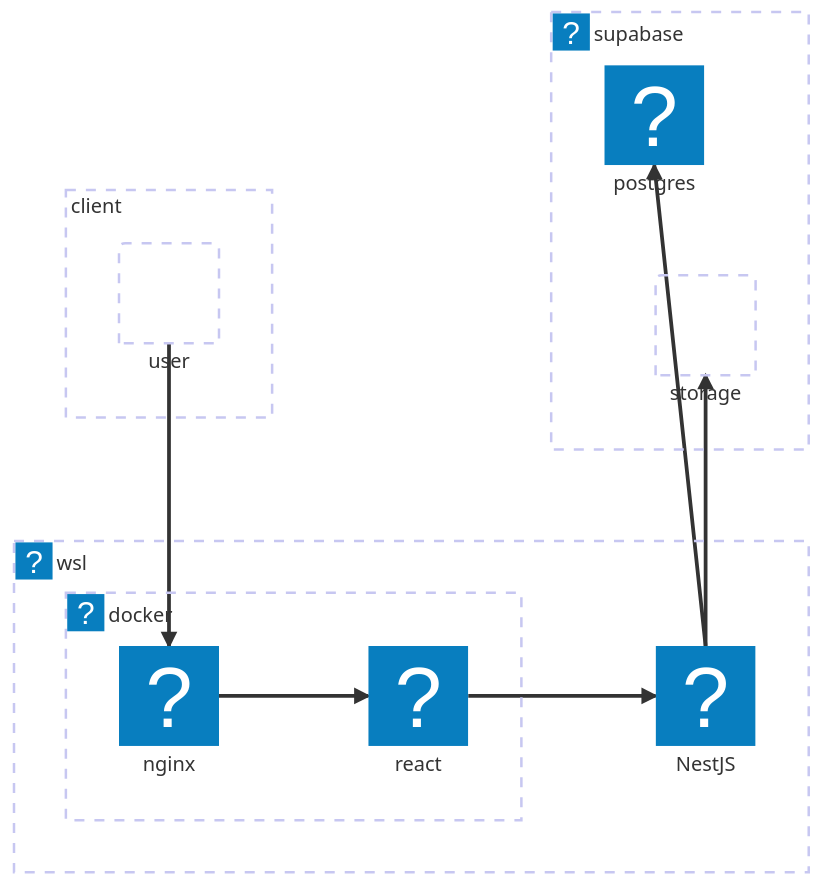
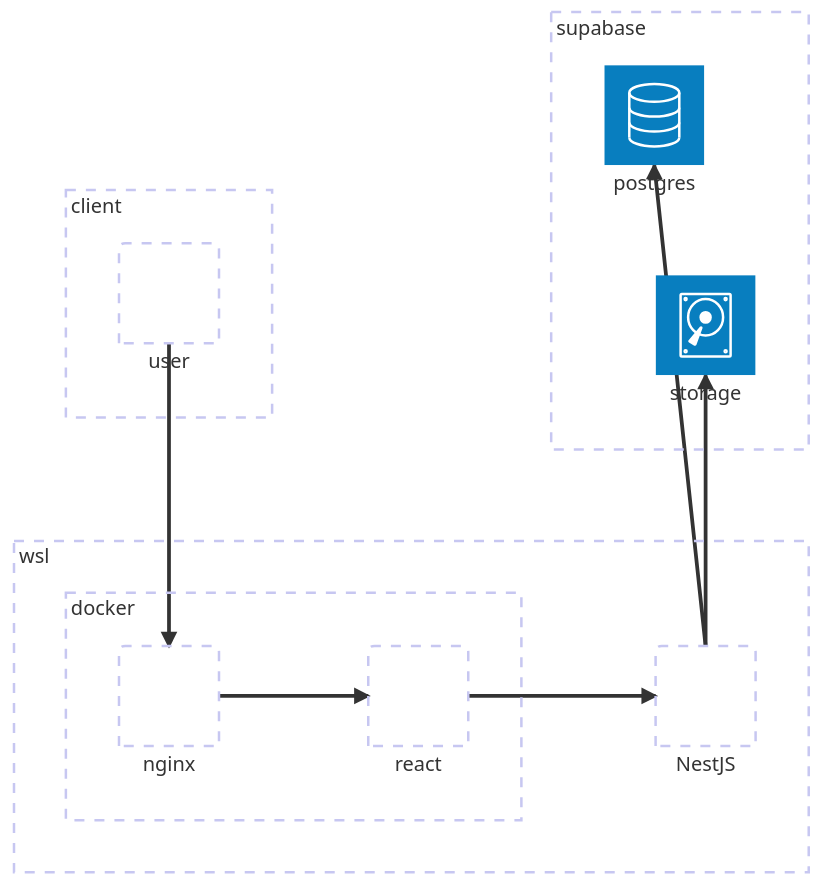
The second of 4 diagrams in readme.md (shu-hi/react), drawn with Mermaid before and after one commit. The commit also changed other lines of this file and 2 other files, not shown here.

````diff
--- a/readme.md
+++ b/readme.md
@@ -48,20 +48,20 @@
 ```mermaid
 architecture-beta
     group client[client]
-    group wsl(wsl)[wsl]
-    group docker(docker-icon)[docker] in wsl
-    group supabase(supabase-icon)[supabase]
+    group wsl[wsl]
+    group docker[docker] in wsl
+    group supabase[supabase]
     
     service user[user] in client
-    service react(react)[react] in docker
-    service nginx(nginx)[nginx] in docker
-    service NestJS(nextjs-icon)[NestJS] in wsl
-    service rdbms(postgresql)[postgres] in supabase
-    service bucket[storage] in supabase
+    service react[react] in docker
+    service nginx[nginx] in docker
+    service NestJS[NestJS] in wsl
+    service rdbms(database)[postgres] in supabase
+    service bucket(disk)[storage] in supabase
     
     user:B --> T:nginx
     react:R --> L:NestJS
     nginx:R --> L:react
     NestJS:T --> B:rdbms
     NestJS:T --> B:bucket
 ```
````
